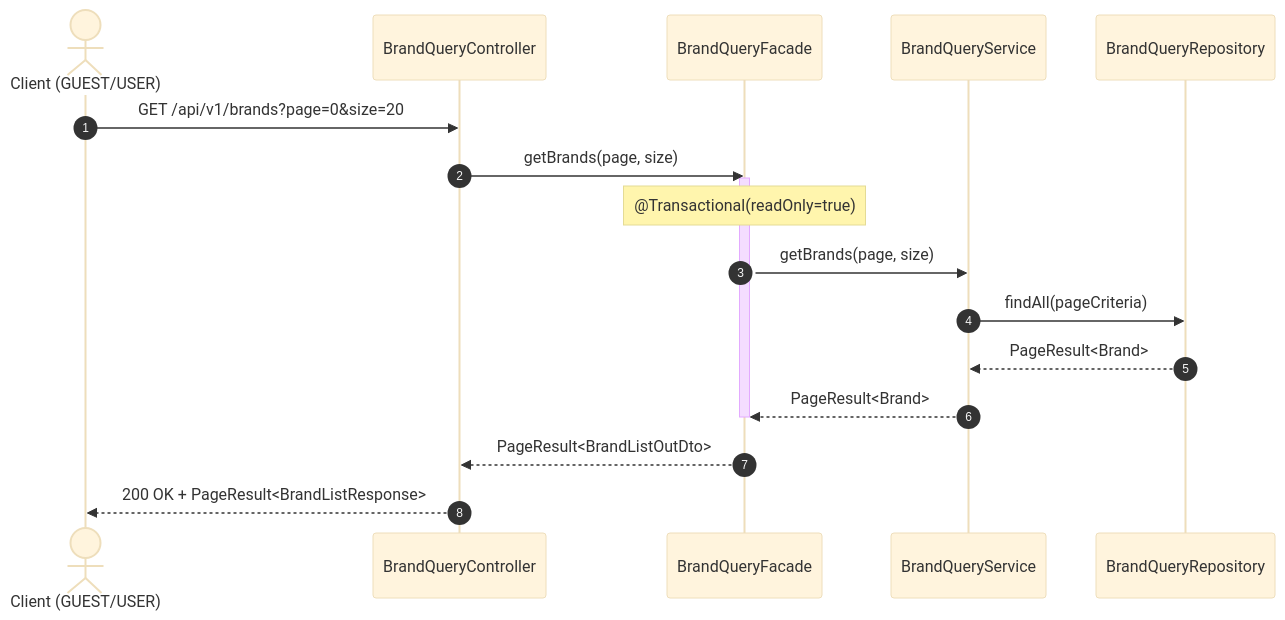
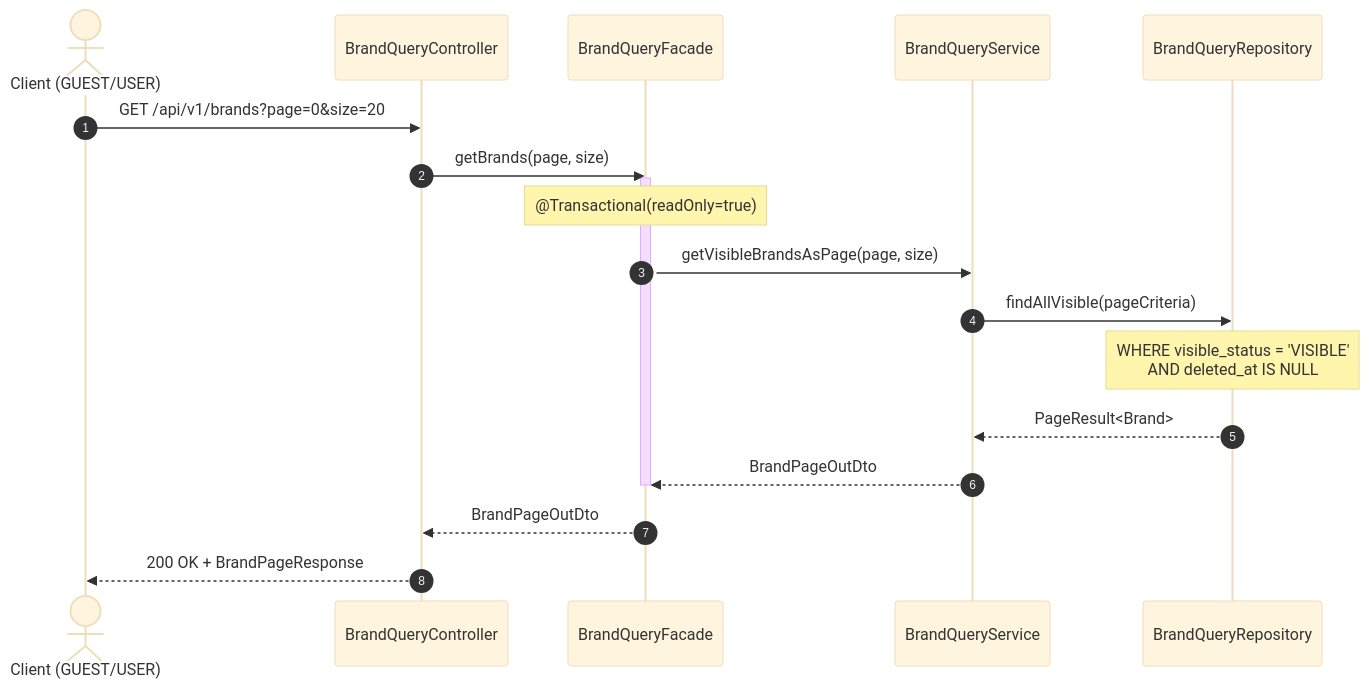
Before and after one commit to Hwan0518/loop-pack-be-l2-vol3-java: the first of 29 diagrams in docs/design/02-sequence-diagrams.md, drawn with Mermaid (base theme). The commit also changed other lines of this file and 4 other files, not shown here.

First line of the commit message:
docs: Brand visibleStatus(VISIBLE/HIDDEN) 설계 문서 업데이트

````diff
--- a/docs/design/02-sequence-diagrams.md
+++ b/docs/design/02-sequence-diagrams.md
@@ -154,21 +157,22 @@
 ```mermaid
 sequenceDiagram
     autonumber
     actor Client as Client (GUEST/USER)
     participant Controller as BrandQueryController
     participant Facade as BrandQueryFacade
     participant Service as BrandQueryService
     participant Repository as BrandQueryRepository
 
     Client->>Controller: GET /api/v1/brands?page=0&size=20
     Controller->>Facade: getBrands(page, size)
     activate Facade
     Note over Facade: @Transactional(readOnly=true)
-    Facade->>Service: getBrands(page, size)
-    Service->>Repository: findAll(pageCriteria)
+    Facade->>Service: getVisibleBrandsAsPage(page, size)
+    Service->>Repository: findAllVisible(pageCriteria)
+    Note over Repository: WHERE visible_status = 'VISIBLE'<br/>AND deleted_at IS NULL
     Repository-->>Service: PageResult<Brand>
-    Service-->>Facade: PageResult<Brand>
+    Service-->>Facade: BrandPageOutDto
     deactivate Facade
-    Facade-->>Controller: PageResult<BrandListOutDto>
-    Controller-->>Client: 200 OK + PageResult<BrandListResponse>
+    Facade-->>Controller: BrandPageOutDto
+    Controller-->>Client: 200 OK + BrandPageResponse
 ```
````
